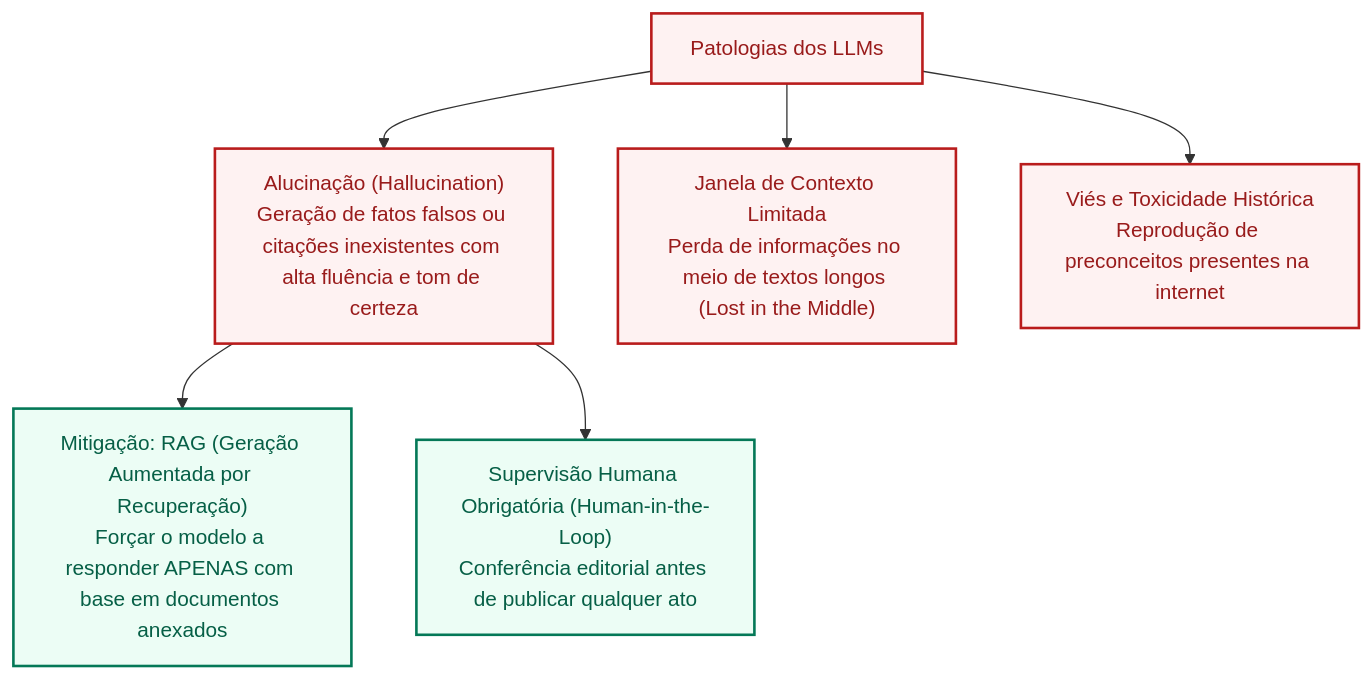
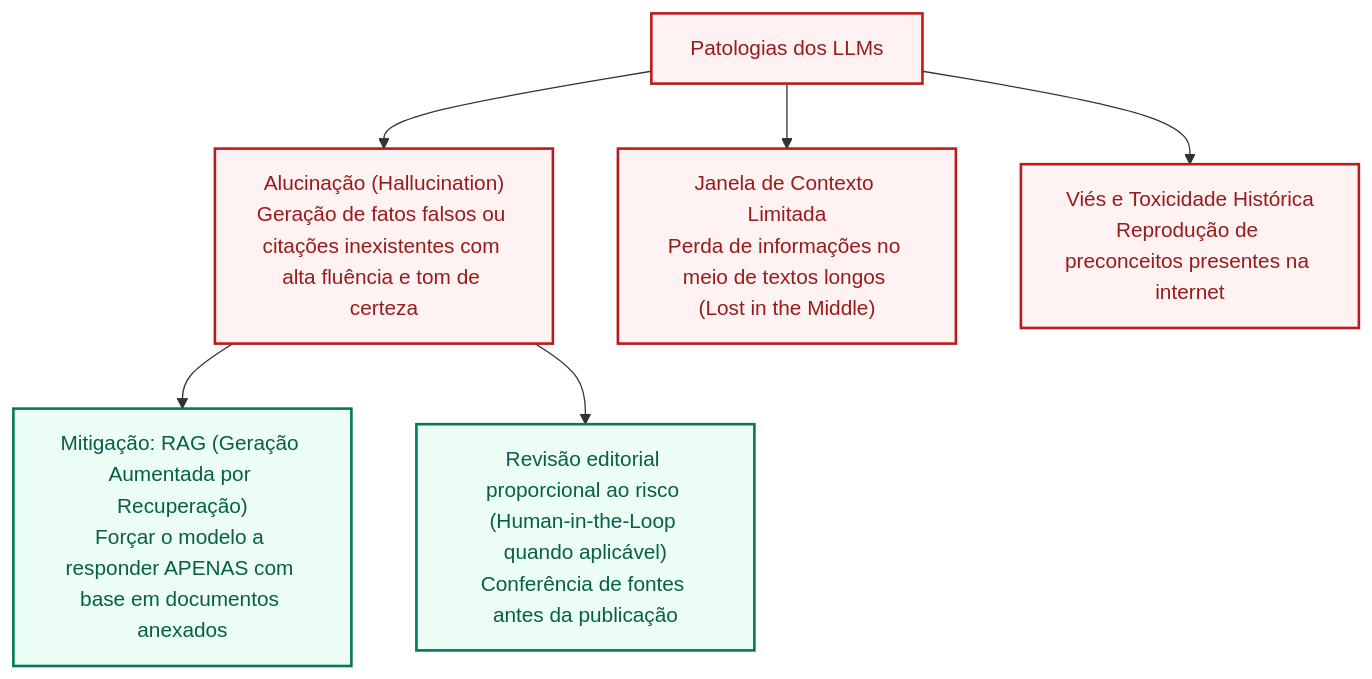
The second of 2 diagrams in 3 - Materias/Informatica/21 - ia generativa modelos llms difusao usos e limites.md (leorruas/concursos), drawn with Mermaid before and after one commit. The commit also changed other lines of this file, not shown here.

````diff
--- a/3 - Materias/Informatica/21 - ia generativa modelos llms difusao usos e limites.md
+++ b/3 - Materias/Informatica/21 - ia generativa modelos llms difusao usos e limites.md
@@ -103,14 +103,14 @@
 ```mermaid
 flowchart TD
     classDef risco fill:#fef2f2,stroke:#b91c1c,stroke-width:2px,color:#991b1b;
     classDef solucoes fill:#ecfdf5,stroke:#047857,stroke-width:2px,color:#065f46;
 
     R["Patologias dos LLMs"]:::risco
 
     R --> H["Alucinação (Hallucination)<br>Geração de fatos falsos ou citações inexistentes com alta fluência e tom de certeza"]:::risco
     R --> J["Janela de Contexto Limitada<br>Perda de informações no meio de textos longos (Lost in the Middle)"]:::risco
     R --> V["Viés e Toxicidade Histórica<br>Reprodução de preconceitos presentes na internet"]:::risco
 
     H --> RAG["Mitigação: RAG (Geração Aumentada por Recuperação)<br>Forçar o modelo a responder APENAS com base em documentos anexados"]:::solucoes
-    H --> RH["Supervisão Humana Obrigatória (Human-in-the-Loop)<br>Conferência editorial antes de publicar qualquer ato"]:::solucoes
+    H --> RH["Revisão editorial proporcional ao risco (Human-in-the-Loop quando aplicável)<br>Conferência de fontes antes da publicação"]:::solucoes
 ```
````
